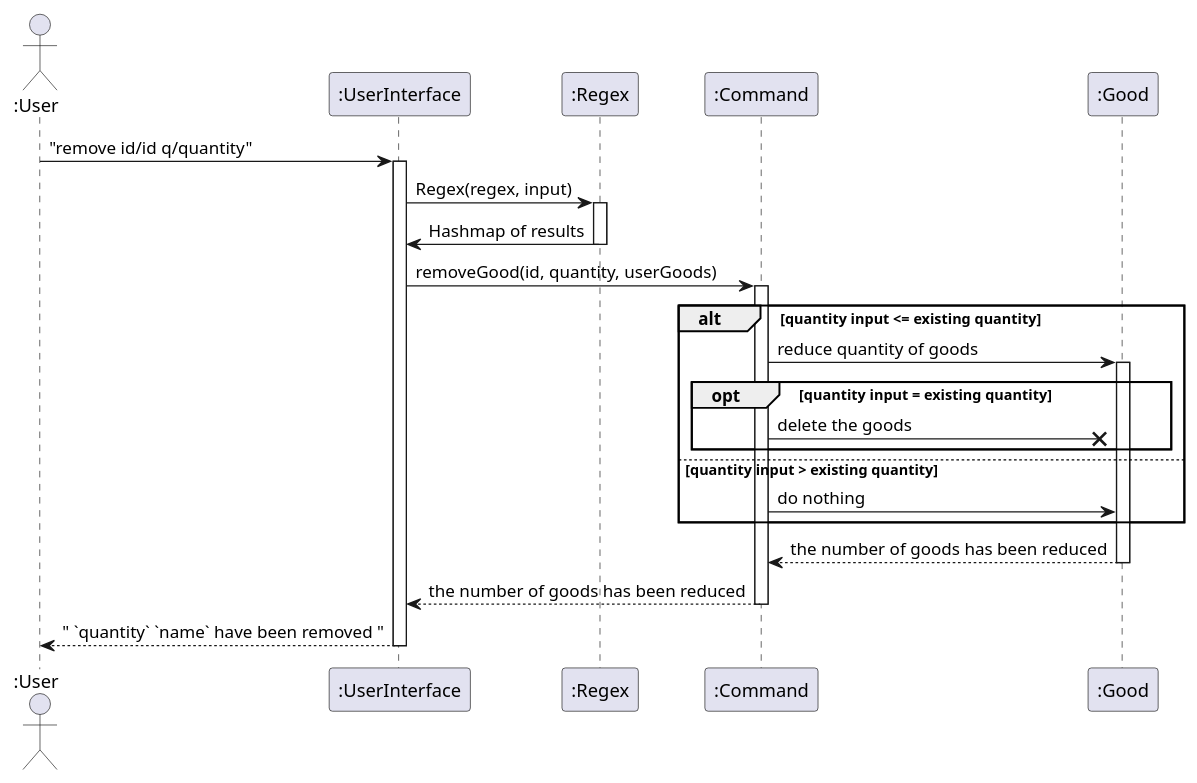
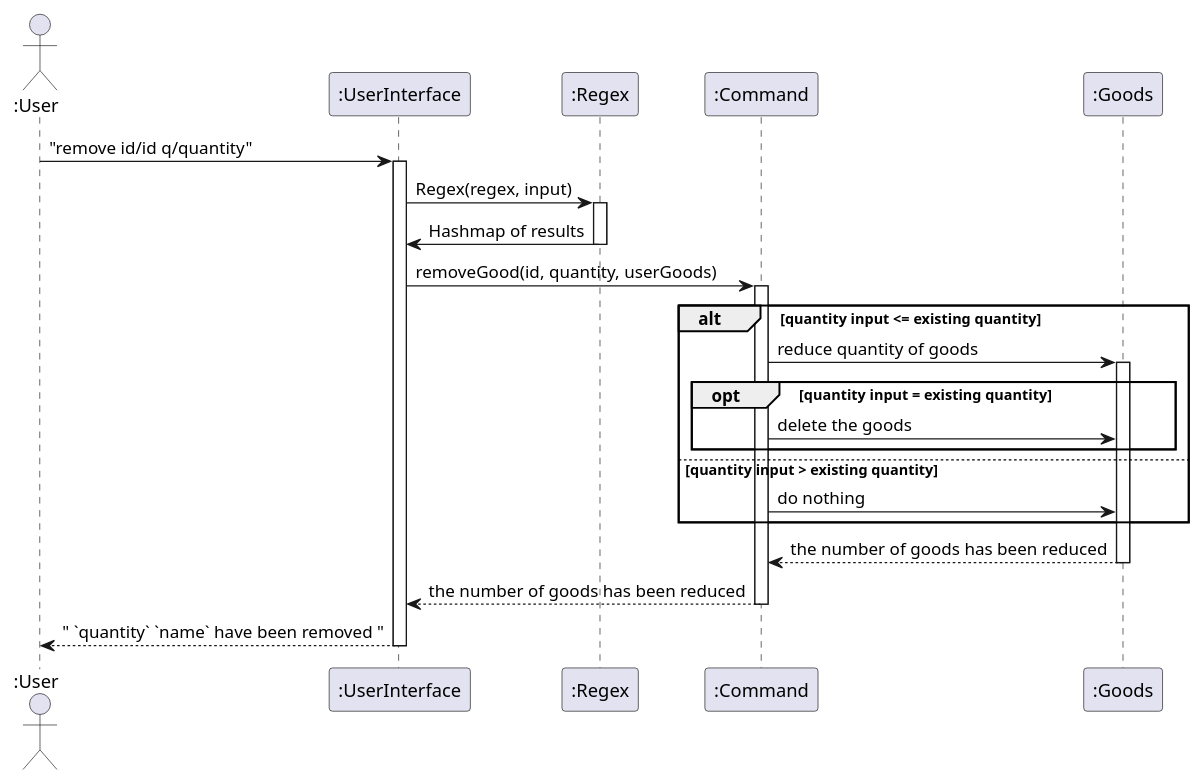
The diagram in docs/diagrams/removeGood.puml (nus-cs2113-AY2122S2/tp), drawn with PlantUML before and after one commit.

```diff
--- a/docs/diagrams/removeGood.puml
+++ b/docs/diagrams/removeGood.puml
@@ -1,27 +1,27 @@
 @startuml
 'https://plantuml.com/sequence-diagram
 
 Actor ":User" as user
 participant ":UserInterface" as ui
 participant ":Regex" as regex
 participant ":Command" as command
-participant ":Good" as good
+participant ":Goods" as good
 
 user -> ui ++ : "remove id/id q/quantity"
 
 ui -> regex  ++: Regex(regex, input)
 regex -> ui -- : Hashmap of results
 
 ui -> command ++ : removeGood(id, quantity, userGoods)
 alt quantity input <= existing quantity
     command -> good ++ : reduce quantity of goods
     opt quantity input = existing quantity
-        command ->x good : delete the goods
+        command -> good : delete the goods
     end
 else quantity input > existing quantity
     command -> good : do nothing
 end
 good --> command -- : the number of goods has been reduced
 command --> ui -- : the number of goods has been reduced
 ui --> user --: " `quantity` `name` have been removed "
 @enduml
```
